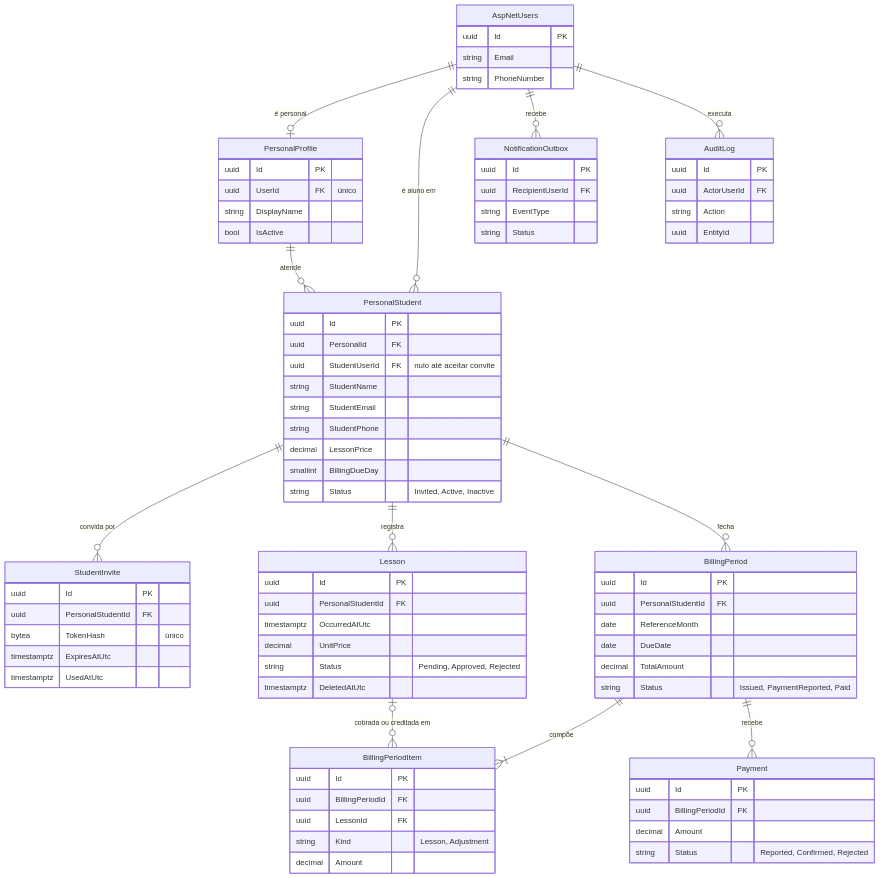
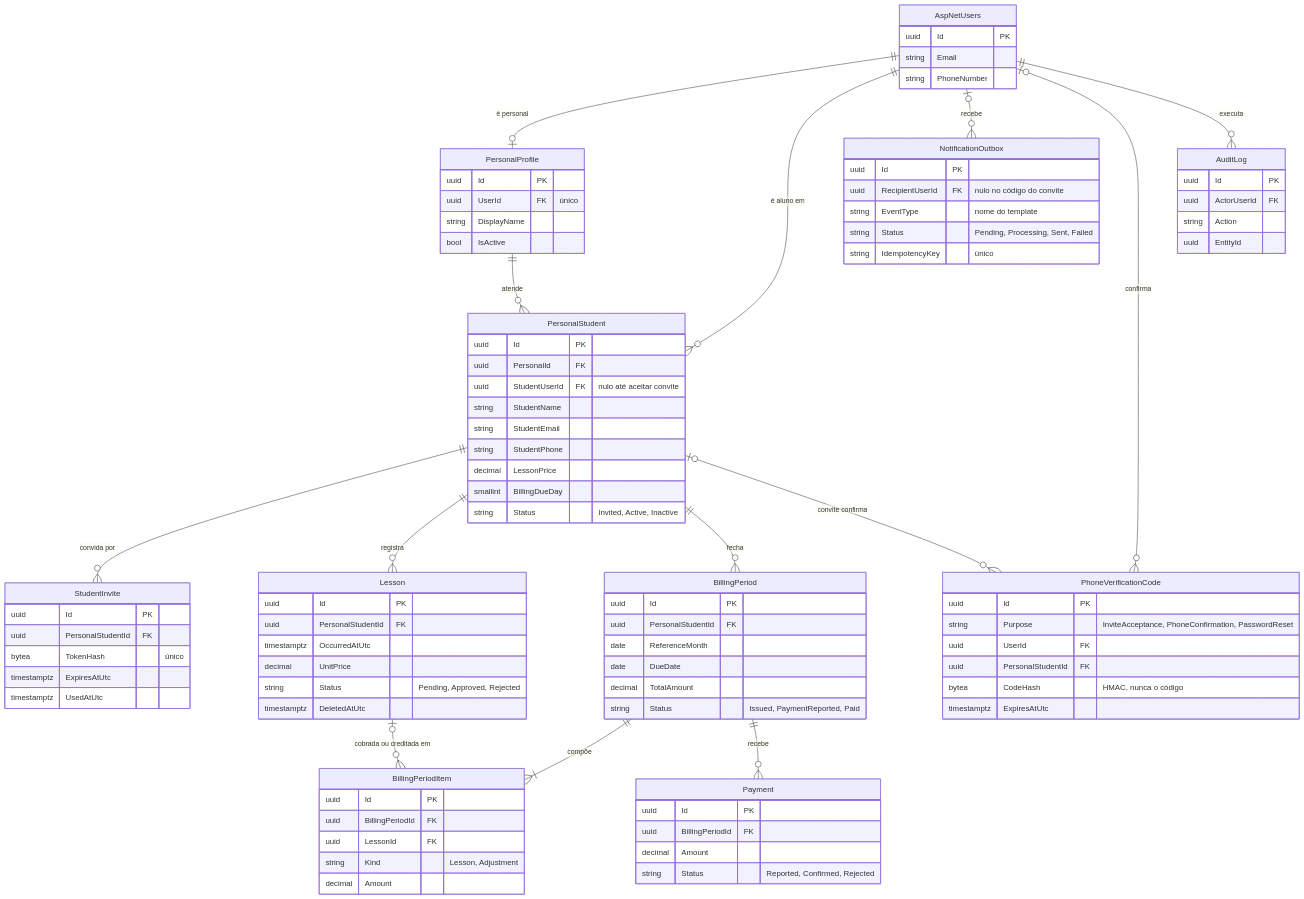
One commit to vitormancini/PersonalHub changed the first of 3 diagrams in .claude/docs/DOMAIN_AND_DATABASE.md. Above: the diagram before and after it, drawn with Mermaid. The commit also changed other lines of this file and 6 other files, not shown here.

```diff
--- a/.claude/docs/DOMAIN_AND_DATABASE.md
+++ b/.claude/docs/DOMAIN_AND_DATABASE.md
@@ -37,7 +37,9 @@
     BillingPeriod ||--|{ BillingPeriodItem : "compõe"
     Lesson |o--o{ BillingPeriodItem : "cobrada ou creditada em"
     BillingPeriod ||--o{ Payment : "recebe"
-    AspNetUsers ||--o{ NotificationOutbox : "recebe"
+    AspNetUsers |o--o{ NotificationOutbox : "recebe"
+    AspNetUsers |o--o{ PhoneVerificationCode : "confirma"
+    PersonalStudent |o--o{ PhoneVerificationCode : "convite confirma"
     AspNetUsers ||--o{ AuditLog : "executa"
 
     AspNetUsers {
@@ -100,9 +102,18 @@
     }
     NotificationOutbox {
         uuid Id PK
-        uuid RecipientUserId FK
-        string EventType
-        string Status
+        uuid RecipientUserId FK "nulo no código do convite"
+        string EventType "nome do template"
+        string Status "Pending, Processing, Sent, Failed"
+        string IdempotencyKey "único"
+    }
+    PhoneVerificationCode {
+        uuid Id PK
+        string Purpose "InviteAcceptance, PhoneConfirmation, PasswordReset"
+        uuid UserId FK
+        uuid PersonalStudentId FK
+        bytea CodeHash "HMAC, nunca o código"
+        timestamptz ExpiresAtUtc
     }
     AuditLog {
         uuid Id PK
```
